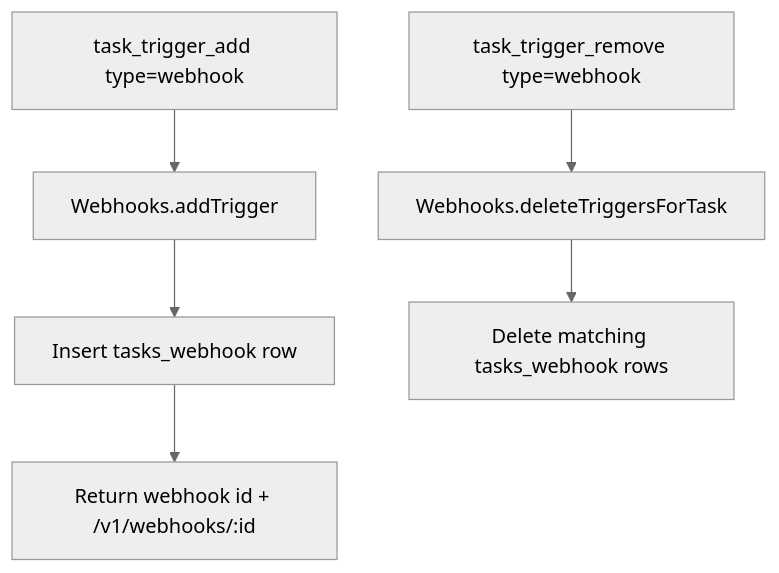
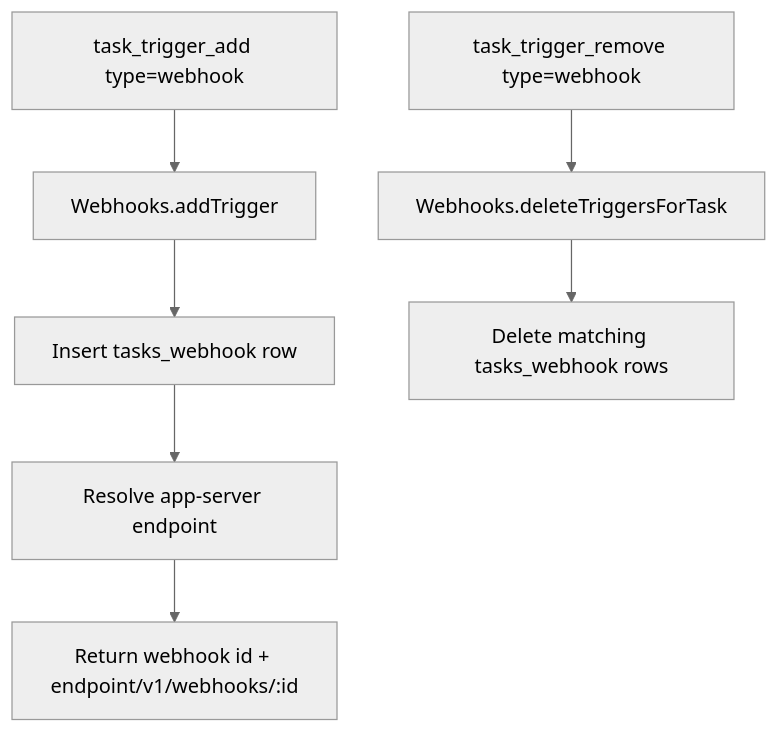
One commit to ex3ndr/daycare changed the third of 3 diagrams in doc/webhook-triggers.md. Above: the diagram before and after it, drawn with Mermaid (neutral theme). The commit also changed other lines of this file and 14 other files, not shown here.

Commit message:
feat(webhooks): require plugin webhook api and return app-server endpoints

````diff
--- a/doc/webhook-triggers.md
+++ b/doc/webhook-triggers.md
@@ -55,9 +55,10 @@
 ```mermaid
 flowchart TD
     A[task_trigger_add type=webhook] --> B[Webhooks.addTrigger]
     B --> C[Insert tasks_webhook row]
-    C --> D[Return webhook id + /v1/webhooks/:id]
+    C --> D[Resolve app-server endpoint]
+    D --> E[Return webhook id + endpoint/v1/webhooks/:id]
 
-    E[task_trigger_remove type=webhook] --> F[Webhooks.deleteTriggersForTask]
-    F --> G[Delete matching tasks_webhook rows]
+    F[task_trigger_remove type=webhook] --> G[Webhooks.deleteTriggersForTask]
+    G --> H[Delete matching tasks_webhook rows]
 ```
````
